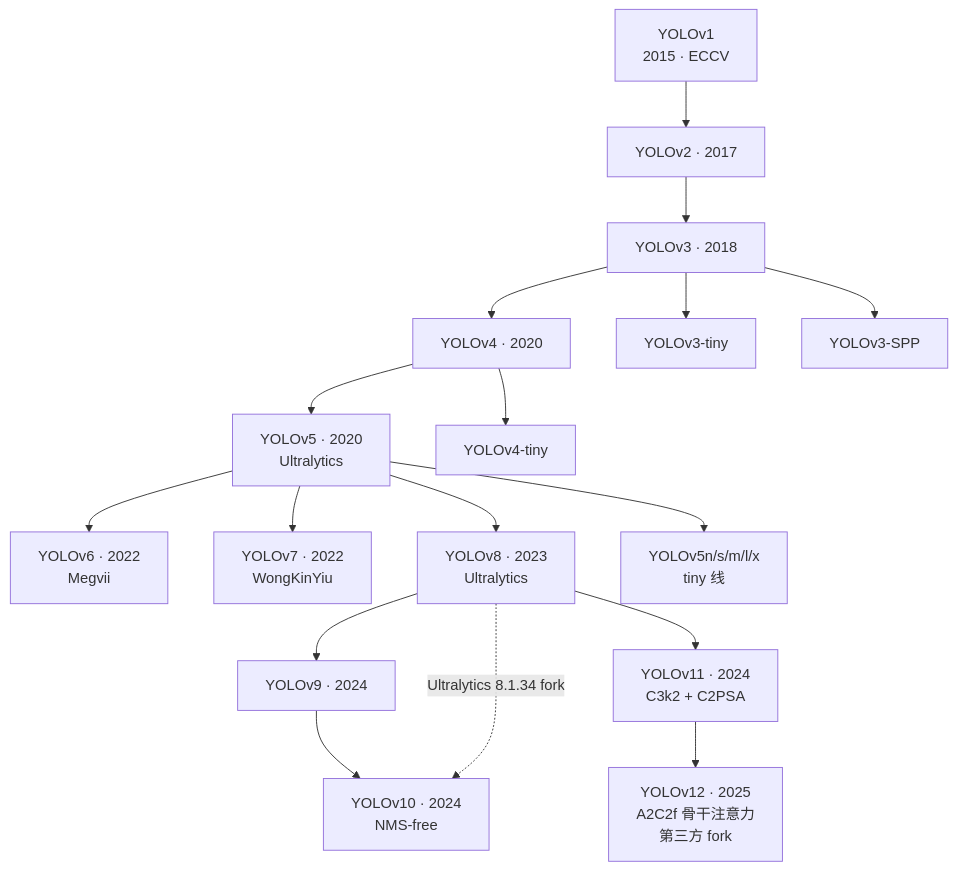
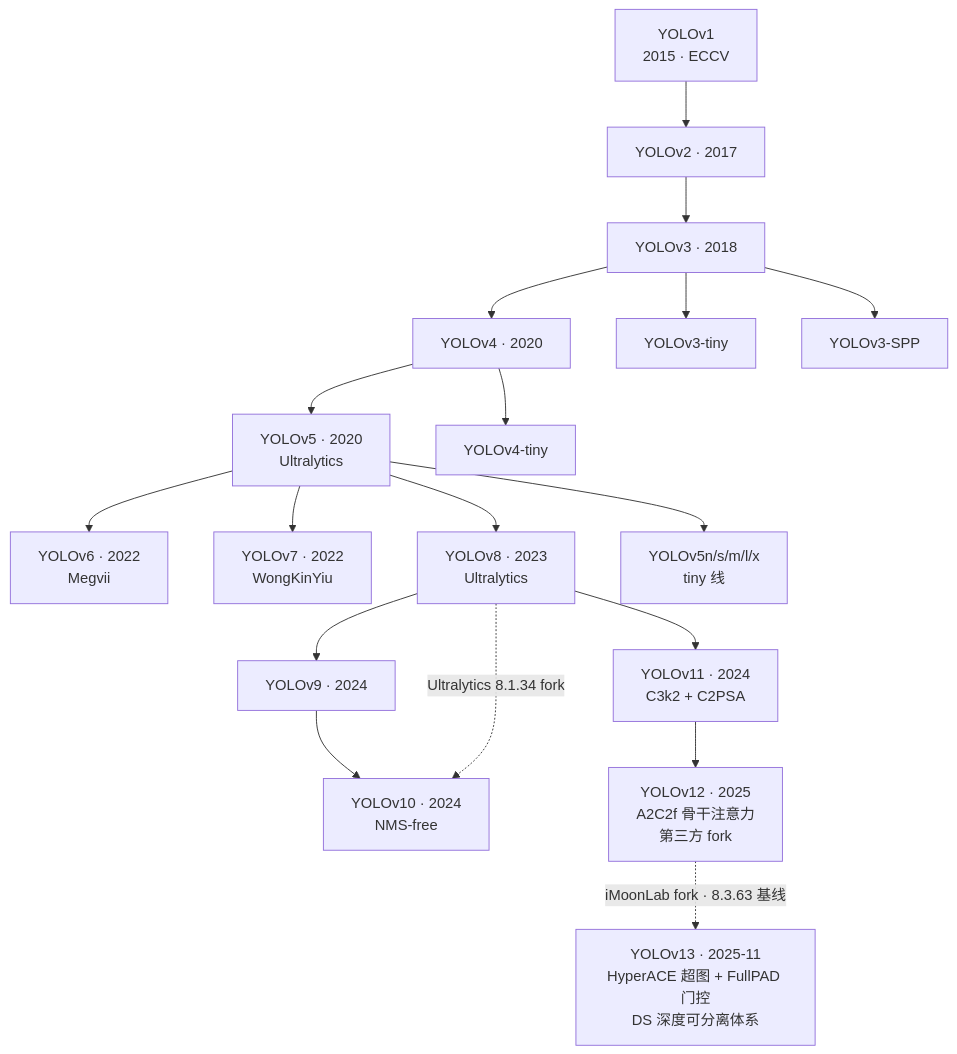
One commit to yejinlei/agent-yolo changed the first of 3 diagrams in docs/global/family.md. Above: the diagram before and after it, drawn with Mermaid. The commit also changed other lines of this file and 341 other files, not shown here.

````diff
--- a/docs/global/family.md
+++ b/docs/global/family.md
@@ -7,22 +7,23 @@
 ```mermaid
 flowchart TB
   V1[YOLOv1<br/>2015 · ECCV] --> V2[YOLOv2 · 2017]
   V2 --> V3[YOLOv3 · 2018]
   V3 --> V4[YOLOv4 · 2020]
   V3 --> V3T[YOLOv3-tiny]
   V3 --> V3S[YOLOv3-SPP]
 
   V4 --> V5[YOLOv5 · 2020<br/>Ultralytics]
   V4 --> V4T[YOLOv4-tiny]
 
   V5 --> V6[YOLOv6 · 2022<br/>Megvii]
   V5 --> V7[YOLOv7 · 2022<br/>WongKinYiu]
   V5 --> V8[YOLOv8 · 2023<br/>Ultralytics]
   V5 --> V5N[YOLOv5n/s/m/l/x<br/>tiny 线]
 
   V8 --> V9[YOLOv9 · 2024]
   V9 --> V10[YOLOv10 · 2024<br/>NMS-free]
   V8 -.->|"Ultralytics 8.1.34 fork"| V10
   V8 --> V11[YOLOv11 · 2024<br/>C3k2 + C2PSA]
   V11 --> V12[YOLOv12 · 2025<br/>A2C2f 骨干注意力<br/>第三方 fork]
+  V12 -.->|"iMoonLab fork · 8.3.63 基线"| V13[YOLOv13 · 2025-11<br/>HyperACE 超图 + FullPAD 门控<br/>DS 深度可分离体系]
 ```
````
